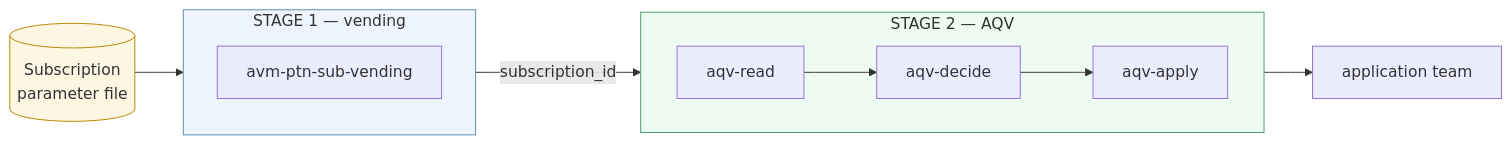
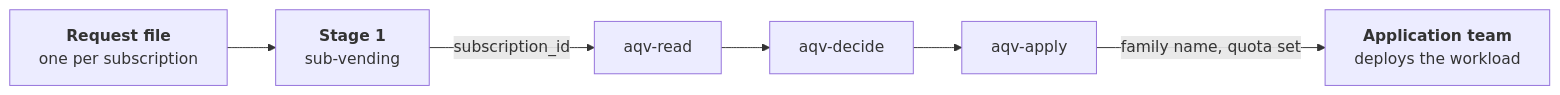
One commit to chrislittle/azure-placement-engine changed the diagram in README.md. Above: the diagram before and after it, drawn with Mermaid. The commit also changed 1 other file, not shown here.

Commit message:
Redraw the diagrams as linear flows
Mermaid subgraphs are not swimlanes. Wrapping the application team's two nodes
in one produced a box spanning the whole height of the diagram, because those
nodes sit at opposite ends of the flow. The result was a thousand pixels tall,
mostly empty, with edges crossing between lanes and node text breaking mid-word.

The ownership is now in the node labels instead, and the flow runs left to
right: form, request pipeline, pull request, stage 1, stage 2, deploy, with
rules.yaml joining at stage 2. Six boxes in a line, and the sentence beneath
says which two the application team touches.

The README diagram had the same fault plus hardcoded fills that invert badly in
dark mode. Redrawn the same way.

Dropped a third diagram that had become a duplicate. "Where AQV fits" was
redrawing the pipeline that "Who does what" already shows, so it keeps the task
table and loses the picture. Three diagrams remain, one purpose each: the
pipeline, the ownership boundary, and the four decision gates.

````diff
--- a/README.md
+++ b/README.md
@@ -64,17 +64,11 @@
 ```mermaid
 flowchart LR
-    C[("Subscription<br/>parameter file")] --> S1
-    subgraph S1 ["STAGE 1 — vending"]
-        D["avm-ptn-sub-vending"]
-    end
-    S1 -- "subscription_id" --> S2
-    subgraph S2 ["STAGE 2 — AQV"]
-        direction LR
-        E["aqv-read"] --> F["aqv-decide"] --> G["aqv-apply"]
-    end
-    S2 --> H["application team"]
+    R["<b>Request file</b><br/>one per subscription"]
+    S1["<b>Stage 1</b><br/>sub-vending"]
+    RD["aqv-read"]
+    DC["aqv-decide"]
+    AP["aqv-apply"]
+    APP["<b>Application team</b><br/>deploys the workload"]
 
-    style S1 fill:#eef4fb,stroke:#5b8db8
-    style S2 fill:#eefbf2,stroke:#4a9d6a
-    style C fill:#fdf6e3,stroke:#b58900
+    R --> S1 -->|subscription_id| RD --> DC --> AP -->|"family name, quota set"| APP
 ```
````
